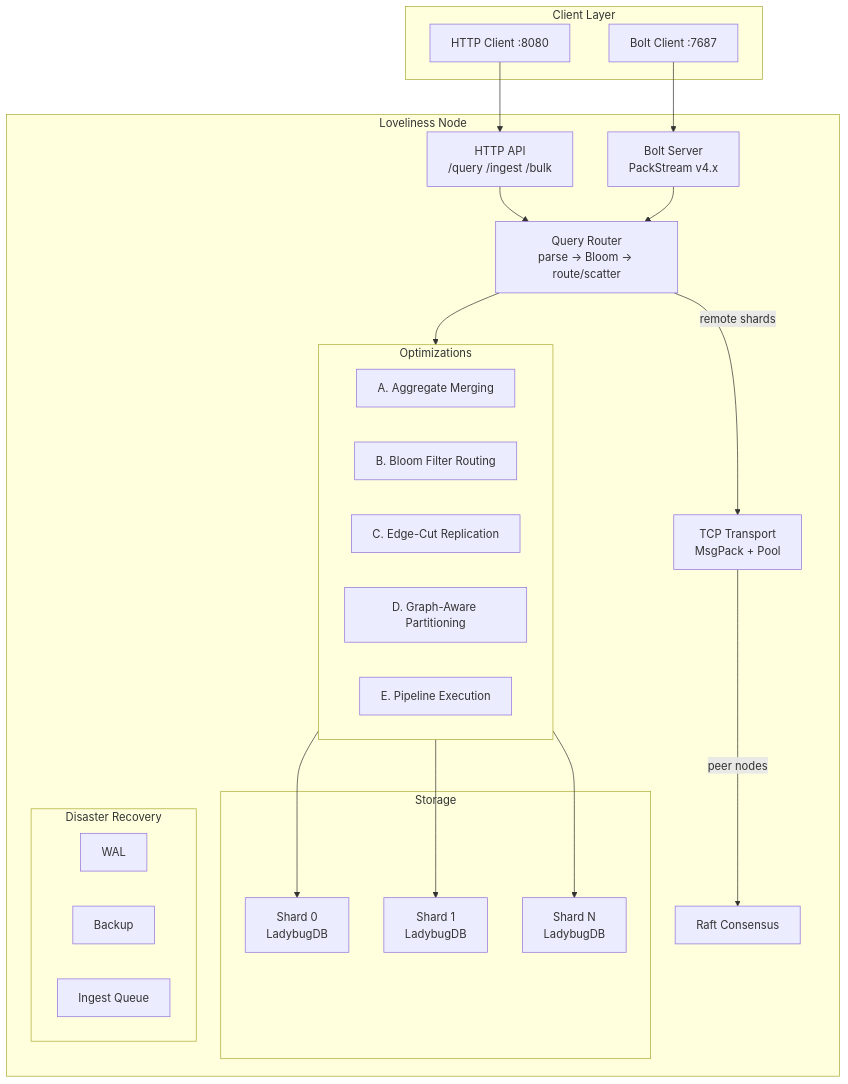
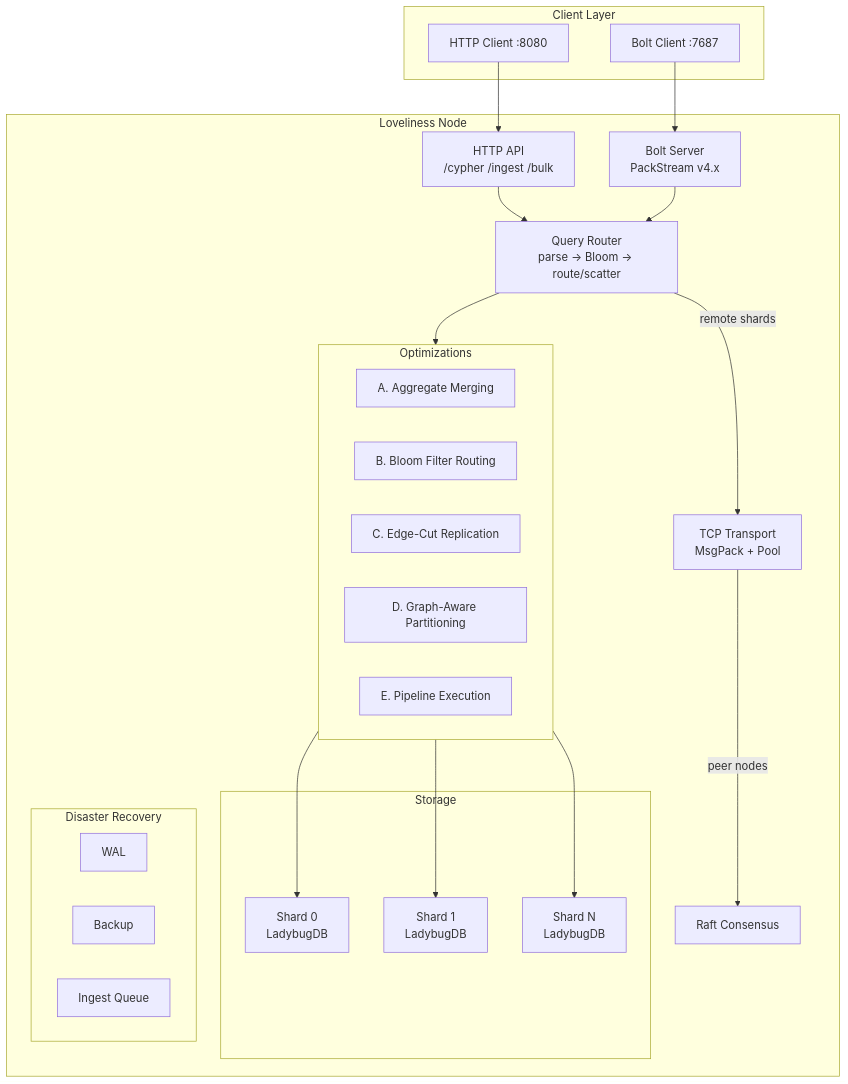
Before and after one commit to dreamware-nz/loveliness: the first of 4 diagrams in docs/architecture.md, drawn with Mermaid. The commit also changed 6 other files, not shown here.

First line of the commit message:
Remove /query endpoint, use /cypher with raw body as sole query API

````diff
--- a/docs/architecture.md
+++ b/docs/architecture.md
@@ -5,46 +5,46 @@
 ```mermaid
 graph TB
     subgraph Client Layer
         HTTP[HTTP Client :8080]
         Bolt[Bolt Client :7687]
     end
 
     subgraph Node["Loveliness Node"]
-        API[HTTP API<br/>/query /ingest /bulk]
+        API[HTTP API<br/>/cypher /ingest /bulk]
         BoltSrv[Bolt Server<br/>PackStream v4.x]
         Router[Query Router<br/>parse → Bloom → route/scatter]
         Raft[Raft Consensus]
         TCP[TCP Transport<br/>MsgPack + Pool]
 
         subgraph Optimizations
             A[A. Aggregate Merging]
             B[B. Bloom Filter Routing]
             C[C. Edge-Cut Replication]
             D[D. Graph-Aware Partitioning]
             E[E. Pipeline Execution]
         end
 
         subgraph Storage
             S0[Shard 0<br/>LadybugDB]
             S1[Shard 1<br/>LadybugDB]
             S2[Shard N<br/>LadybugDB]
         end
 
         subgraph DR["Disaster Recovery"]
             WAL[WAL]
             Backup[Backup]
             Ingest[Ingest Queue]
         end
     end
 
     HTTP --> API
     Bolt --> BoltSrv
     API --> Router
     BoltSrv --> Router
     Router --> Optimizations
     Optimizations --> S0
     Optimizations --> S1
     Optimizations --> S2
     Router -- remote shards --> TCP
     TCP -- peer nodes --> Raft
 ```
````
